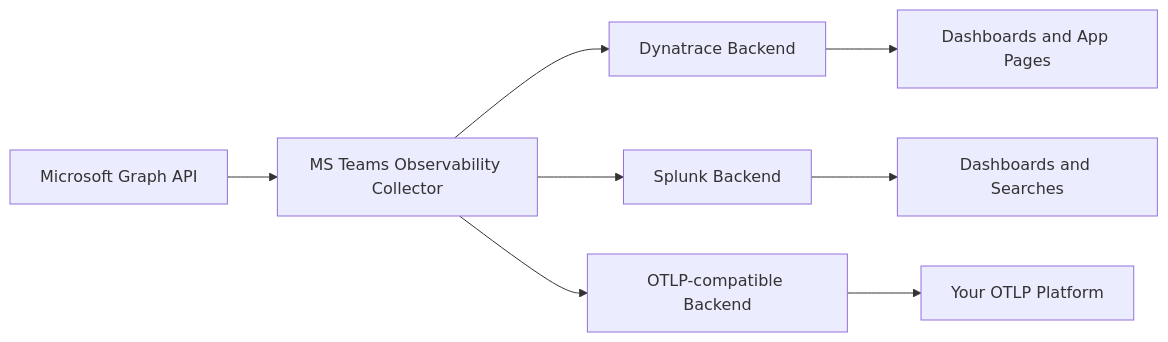
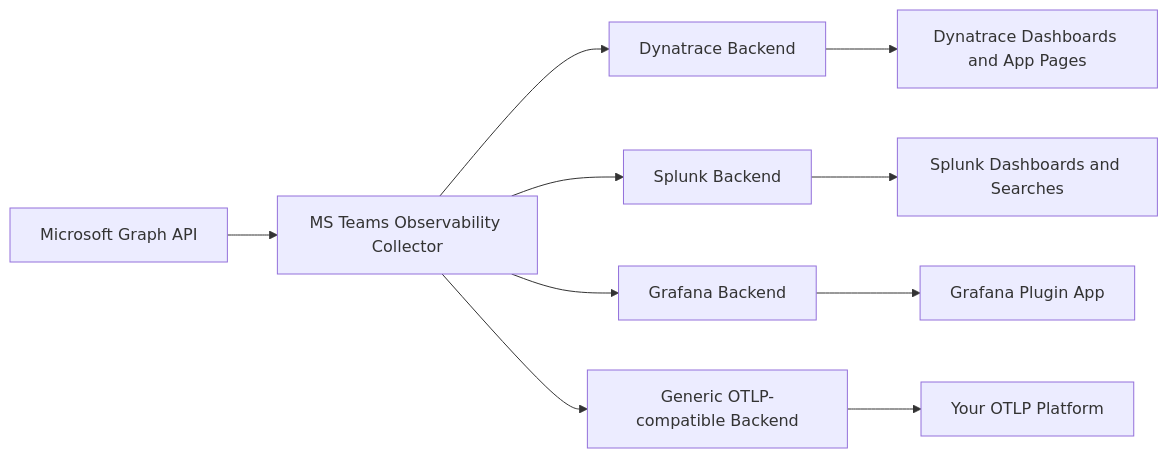
The diagram in src/content/docs/index.mdx (Phenisys/microsoft-teams-observability-documentation), drawn with Mermaid before and after one commit. The commit also changed other lines of this file and 39 other files, not shown here.

````diff
--- a/src/content/docs/index.mdx
+++ b/src/content/docs/index.mdx
@@ -77,10 +84,12 @@
 ```mermaid
 flowchart LR
     A[Microsoft Graph API] --> B[MS Teams Observability Collector]
     B --> C[Dynatrace Backend]
     B --> D[Splunk Backend]
-    B --> G[OTLP-compatible Backend]
-    C --> E[Dashboards and App Pages]
-    D --> F[Dashboards and Searches]
+    B --> E[Grafana Backend]
+    B --> G[Generic OTLP-compatible Backend]
+    C --> I[Dynatrace Dashboards and App Pages]
+    D --> F[Splunk Dashboards and Searches]
+    E --> J[Grafana Plugin App]
     G --> H[Your OTLP Platform]
 ```
````
